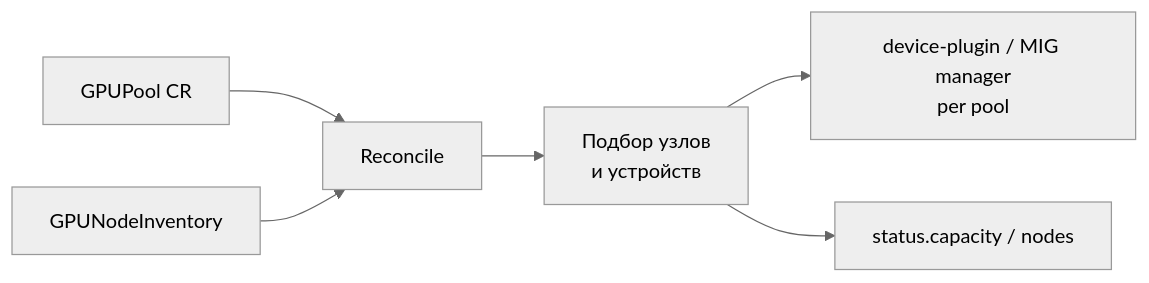
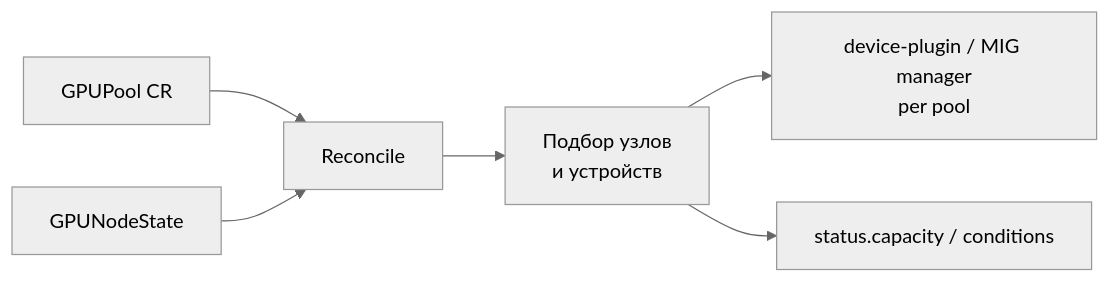
One commit to aleksandr-podmoskovniy/gpu-control-plane changed the fifth of 7 diagrams in docs/adr/ADR-gpu-control-plane.ru.md. Above: the diagram before and after it, drawn with Mermaid (neutral theme). The commit also changed other lines of this file and 253 other files, not shown here.

````diff
--- a/docs/adr/ADR-gpu-control-plane.ru.md
+++ b/docs/adr/ADR-gpu-control-plane.ru.md
@@ -999,8 +914,8 @@
 ```mermaid
 flowchart LR
     PoolCR["GPUPool CR"] --> Reconcile
-    Inventory["GPUNodeInventory"] --> Reconcile
+    Inventory["GPUNodeState"] --> Reconcile
     Reconcile --> Assignment["Подбор узлов<br/>и устройств"]
     Assignment --> Daemonsets["device-plugin / MIG manager<br/>per pool"]
-    Assignment --> StatusUpdate["status.capacity / nodes"]
+    Assignment --> StatusUpdate["status.capacity / conditions"]
 ```
````
